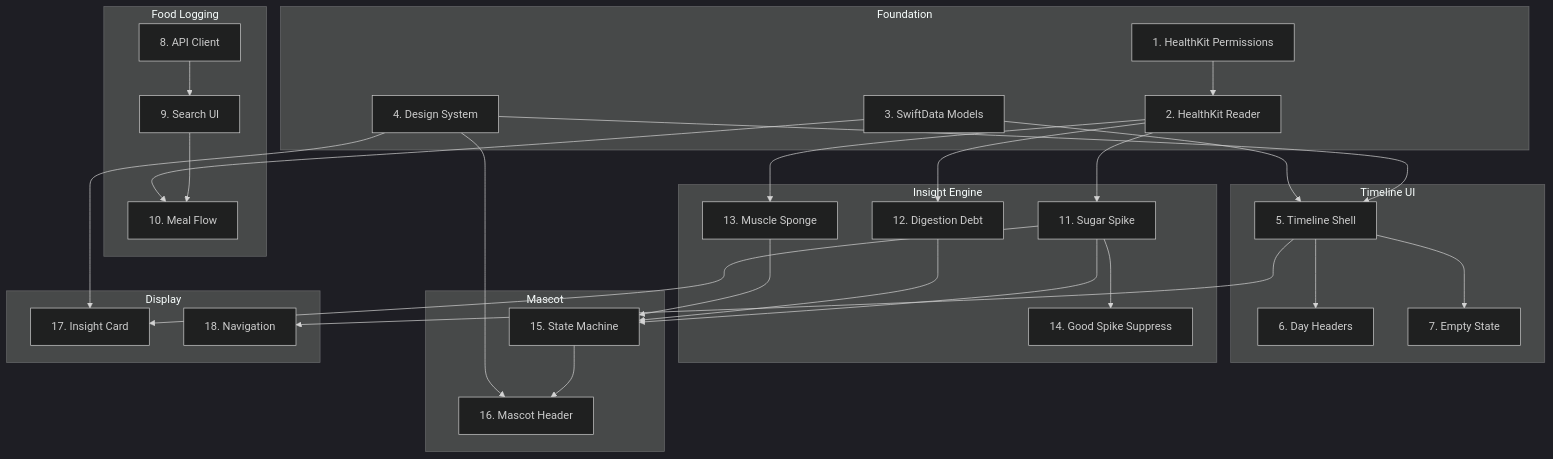
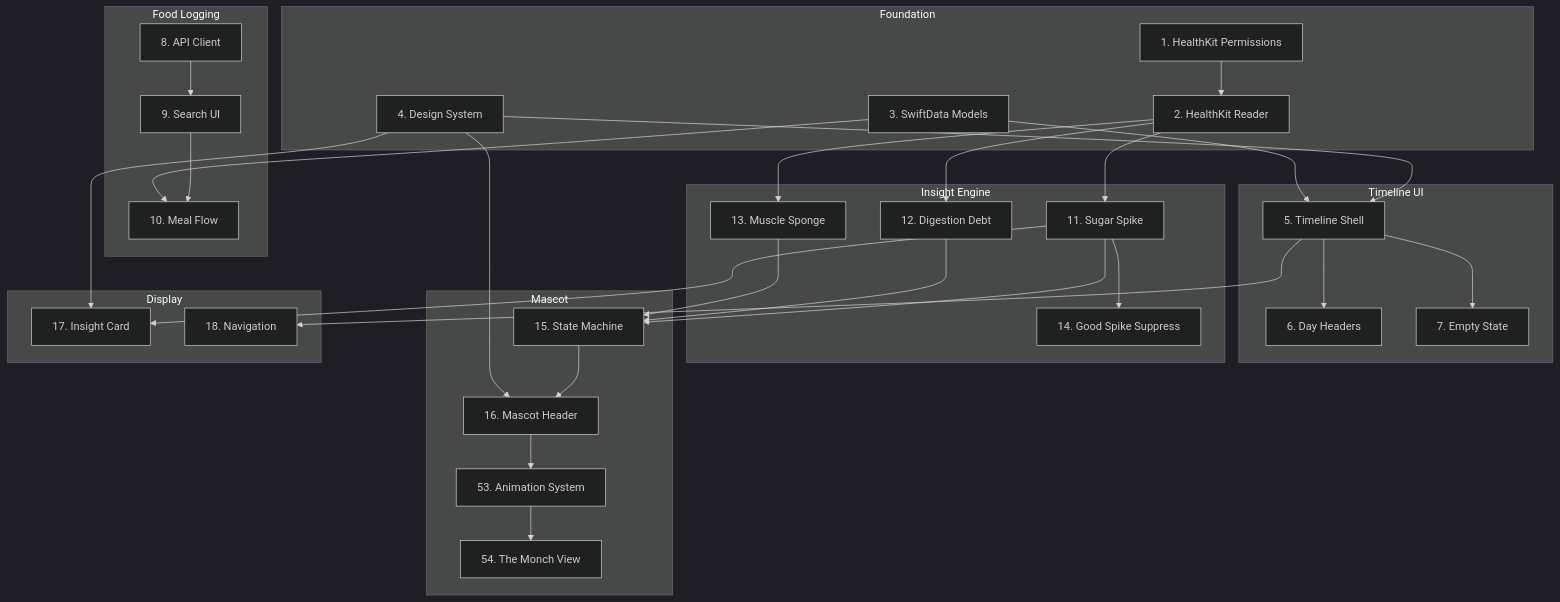
One commit to ananth94/Monch changed the diagram in specs/FEATURE-BREAKDOWN.md. Above: the diagram before and after it, drawn with Mermaid (dark theme). The commit also changed other lines of this file and 41 other files, not shown here.

First line of the commit message:
feat(sprint2): Timeline UI and Mascot UX (#2)

````diff
--- a/specs/FEATURE-BREAKDOWN.md
+++ b/specs/FEATURE-BREAKDOWN.md
@@ -584,42 +680,44 @@
 ```mermaid
 flowchart TD
     subgraph Foundation
         A[1. HealthKit Permissions] --> B[2. HealthKit Reader]
         C[3. SwiftData Models]
         D[4. Design System]
     end
     
     subgraph Timeline UI
         D --> E[5. Timeline Shell]
         C --> E
         E --> F[6. Day Headers]
         E --> G[7. Empty State]
     end
     
     subgraph Food Logging
         H[8. API Client] --> I[9. Search UI]
         I --> J[10. Meal Flow]
         C --> J
     end
     
     subgraph Insight Engine
         B --> K[11. Sugar Spike]
         B --> L[12. Digestion Debt]
         B --> M[13. Muscle Sponge]
         K --> N[14. Good Spike Suppress]
     end
     
     subgraph Mascot
         K --> O[15. State Machine]
         L --> O
         M --> O
         O --> P[16. Mascot Header]
         D --> P
+        P --> S[53. Animation System]
+        S --> T[54. The Monch View]
     end
     
     subgraph Display
         K --> Q[17. Insight Card]
         D --> Q
         E --> R[18. Navigation]
     end
 ```
````
